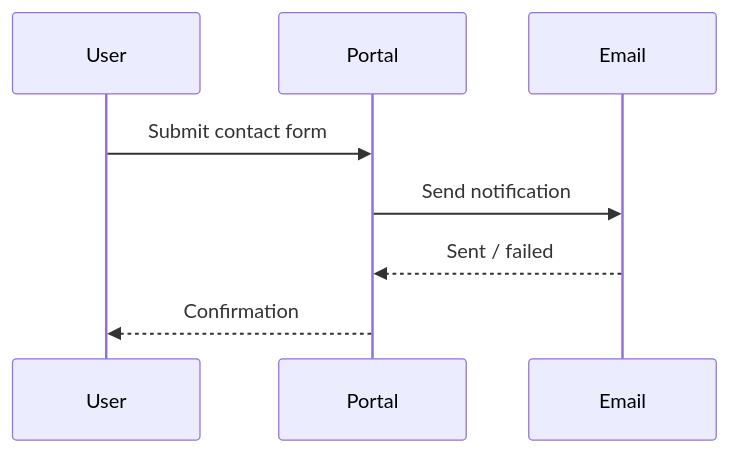
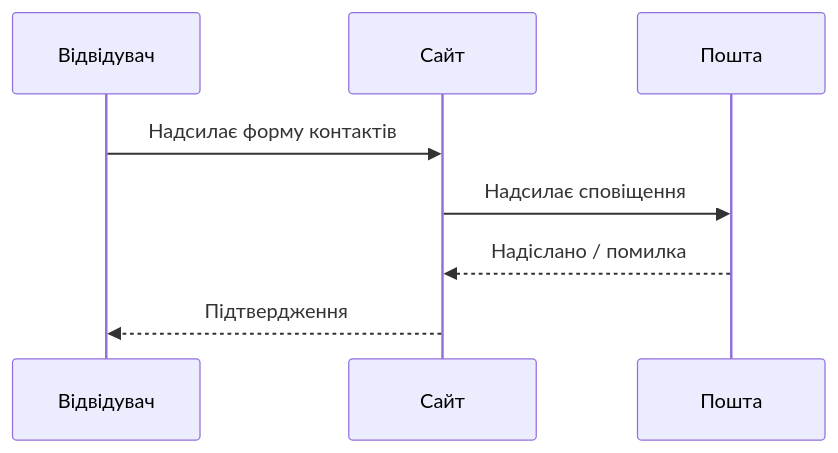
Before and after one commit to VovaD199/SDDwithAI26: the diagram in materials/day-4/templates/template-openspec-bmad.md, drawn with Mermaid. The commit also changed other lines of this file and 6 other files, not shown here.

````diff
--- a/materials/day-4/templates/template-openspec-bmad.md
+++ b/materials/day-4/templates/template-openspec-bmad.md
@@ -50,10 +50,10 @@
 ```mermaid
 sequenceDiagram
-  participant User
-  participant Portal
-  participant Email
-  User->>Portal: Submit contact form
-  Portal->>Email: Send notification
-  Email-->>Portal: Sent / failed
-  Portal-->>User: Confirmation
+  participant User as Відвідувач
+  participant Portal as Сайт
+  participant Email as Пошта
+  User->>Portal: Надсилає форму контактів
+  Portal->>Email: Надсилає сповіщення
+  Email-->>Portal: Надіслано / помилка
+  Portal-->>User: Підтвердження
 ```
````
